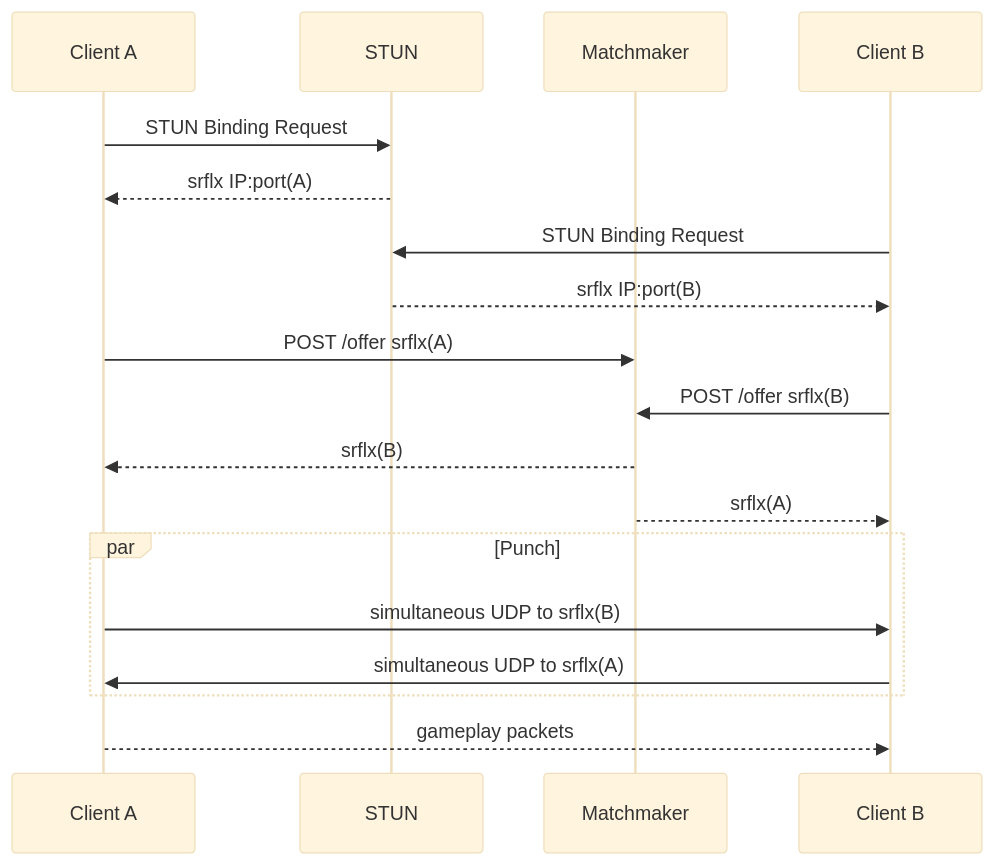
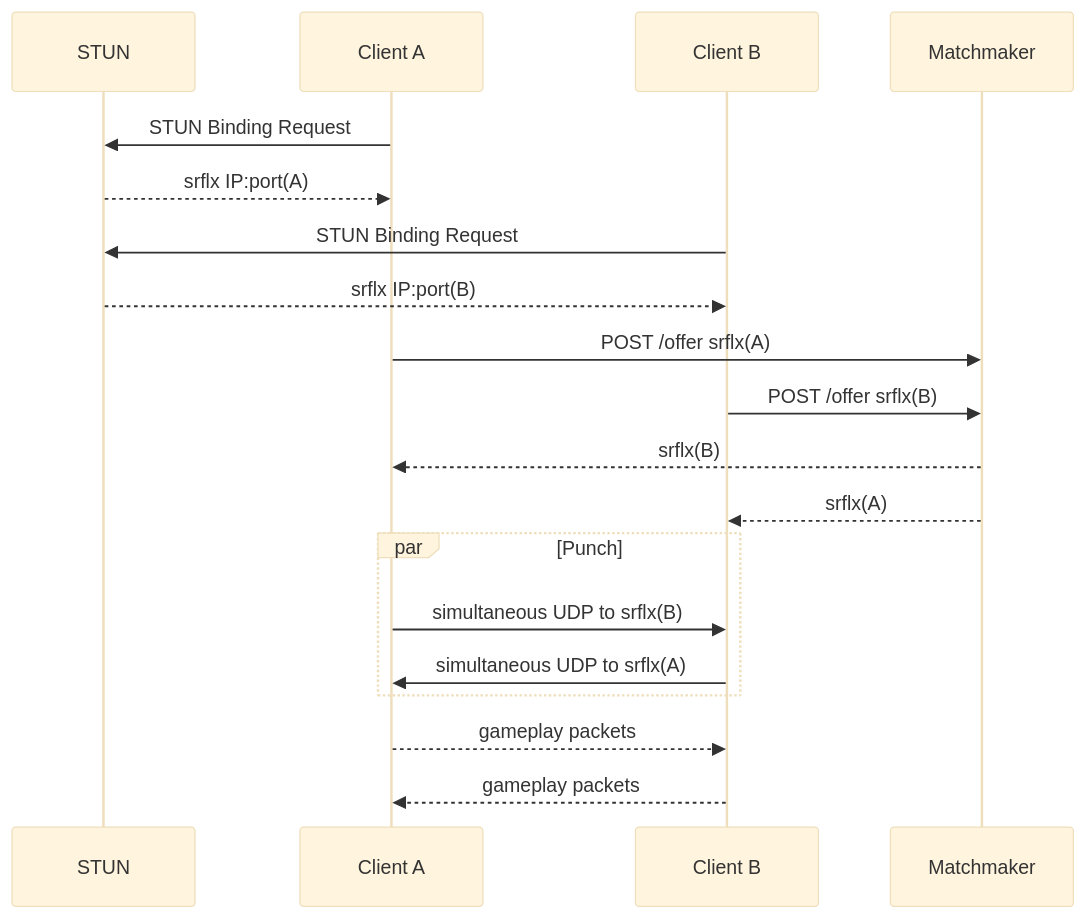
One commit to Joseph-Sailor-Usher/Room_Sync changed the fourth of 9 diagrams in .obsidian/Implementation Options.md. Above: the diagram before and after it, drawn with Mermaid (base theme).

Commit message:
Update Implementation Options.md

````diff
--- a/.obsidian/Implementation Options.md
+++ b/.obsidian/Implementation Options.md
@@ -61,20 +61,21 @@
 ``` mermaid
 sequenceDiagram
+  participant S as STUN
   participant A as Client A
-  participant S as STUN
+  participant B as Client B
   participant MM as Matchmaker
-  participant B as Client B
   A->>S: STUN Binding Request
   S-->>A: srflx IP:port(A)
   B->>S: STUN Binding Request
   S-->>B: srflx IP:port(B)
   A->>MM: POST /offer srflx(A)
   B->>MM: POST /offer srflx(B)
   MM-->>A: srflx(B)
   MM-->>B: srflx(A)
   par Punch
     A->>B: simultaneous UDP to srflx(B)
     B->>A: simultaneous UDP to srflx(A)
   end
   A-->>B: gameplay packets
+  B-->>A: gameplay packets
 ```
````
